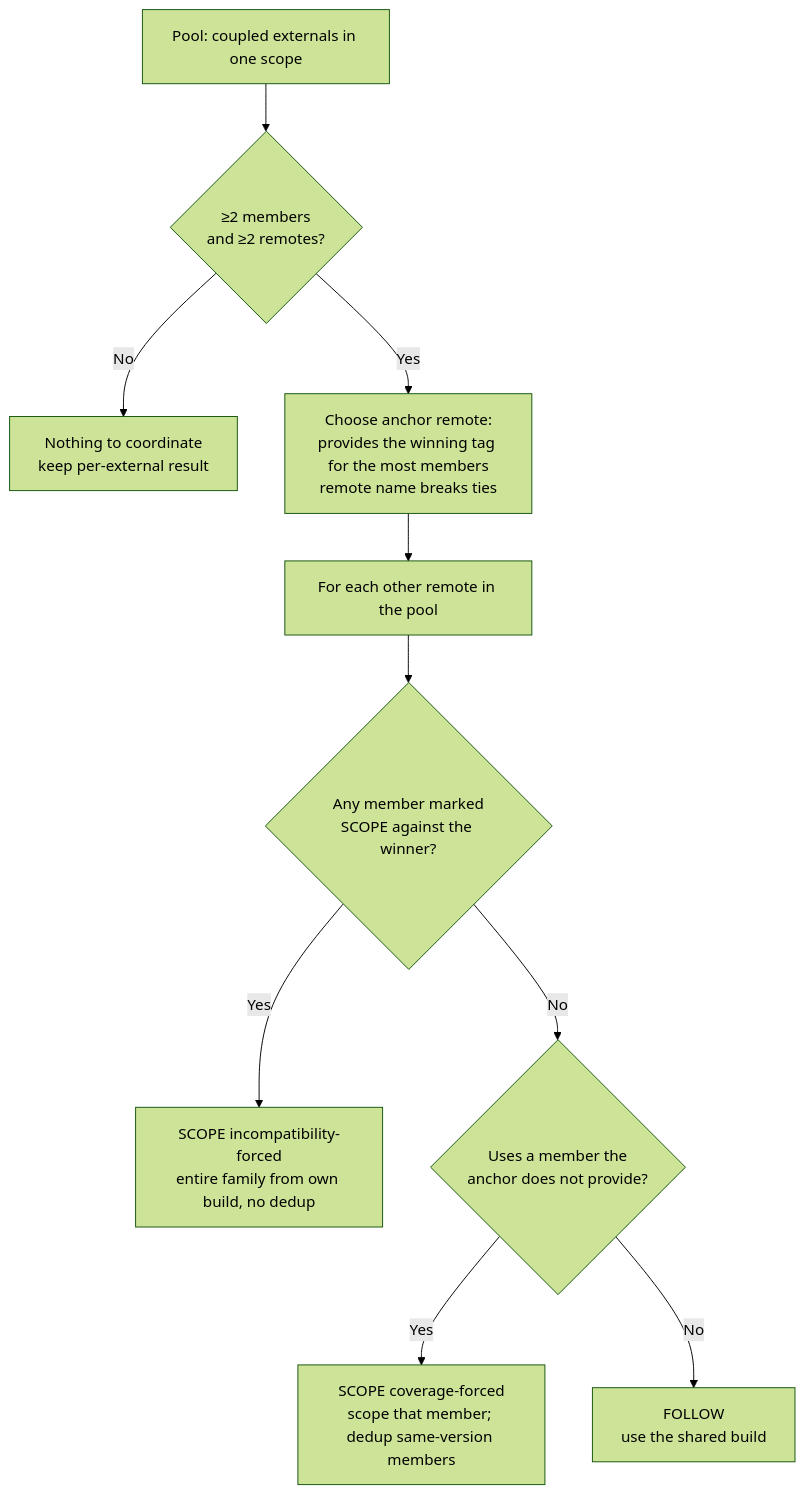
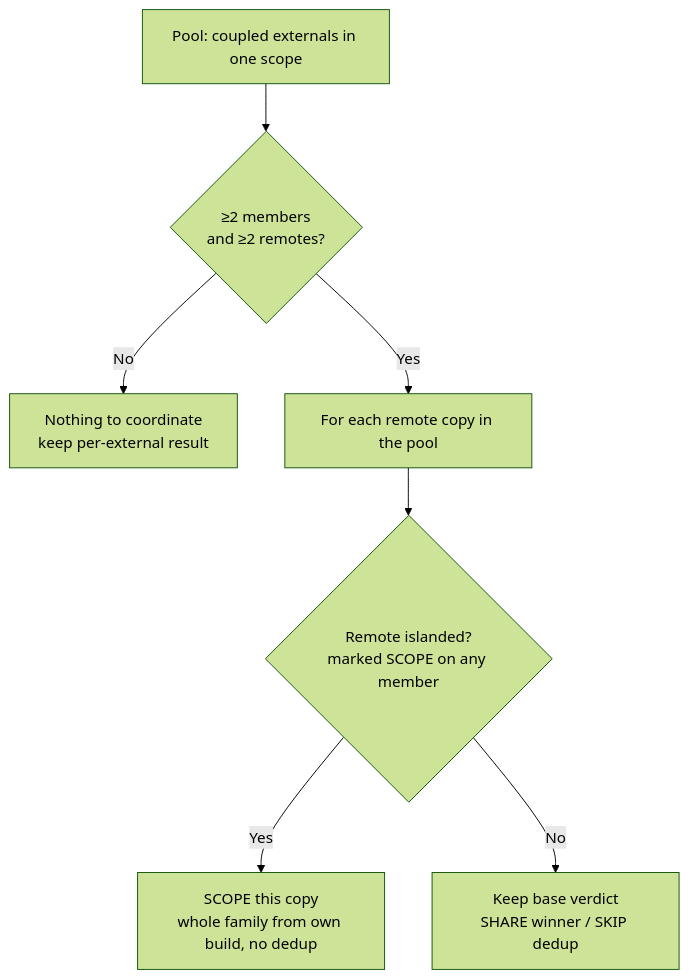
Before and after one commit to native-federation/orchestrator: the sixth of 11 diagrams in docs/version-resolver.md, drawn with Mermaid (forest theme). The commit also changed other lines of this file and 8 other files, not shown here.

````diff
--- a/docs/version-resolver.md
+++ b/docs/version-resolver.md
@@ -551,12 +546,9 @@
 ```mermaid
 flowchart TD
     A[Pool: coupled externals in one scope] --> B{≥2 members<br/>and ≥2 remotes?}
     B -->|No| Z[Nothing to coordinate<br/>keep per-external result]
-    B -->|Yes| C[Choose anchor remote:<br/>provides the winning tag for the most members<br/>remote name breaks ties]
-    C --> D[For each other remote in the pool]
-    D --> E{Any member marked<br/>SCOPE against the winner?}
-    E -->|Yes| F[SCOPE incompatibility-forced<br/>entire family from own build, no dedup]
-    E -->|No| G{Uses a member the<br/>anchor does not provide?}
-    G -->|Yes| H[SCOPE coverage-forced<br/>scope that member; dedup same-version members]
-    G -->|No| I[FOLLOW<br/>use the shared build]
+    B -->|Yes| C[For each remote copy in the pool]
+    C --> D{Remote islanded?<br/>marked SCOPE on any member}
+    D -->|Yes| E[SCOPE this copy<br/>whole family from own build, no dedup]
+    D -->|No| F[Keep base verdict<br/>SHARE winner / SKIP dedup]
 ```
````
